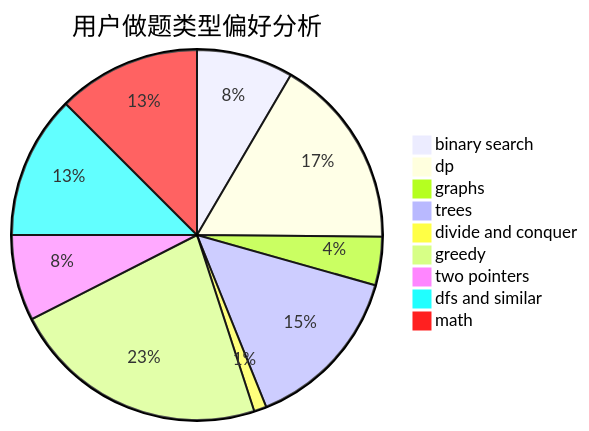
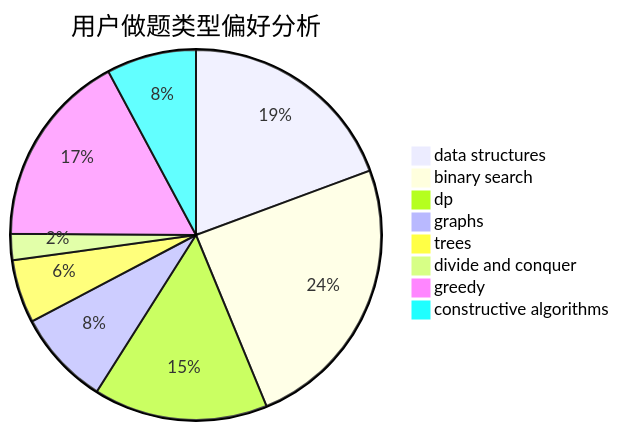
The second of 3 diagrams in docs/user/u1664.md (sherpahu/cfrs.github.io), drawn with Mermaid before and after one commit. The commit also changed other lines of this file and 2775 other files, not shown here.

````diff
--- a/docs/user/u1664.md
+++ b/docs/user/u1664.md
@@ -23,12 +23,11 @@
 ```mermaid
 pie title 用户做题类型偏好分析
-    "binary search" :  54
-    "dp" :  107
-    "graphs" :  27
-    "trees" :  93
-    "divide and conquer" :  7
-    "greedy" :  144
-    "two pointers" :  48
-    "dfs and similar" :  80
-    "math" :  80
+    "data structures" :  42
+    "binary search" :  53
+    "dp" :  33
+    "graphs" :  18
+    "trees" :  12
+    "divide and conquer" :  5
+    "greedy" :  37
+    "constructive algorithms" :  17
 ```
````
